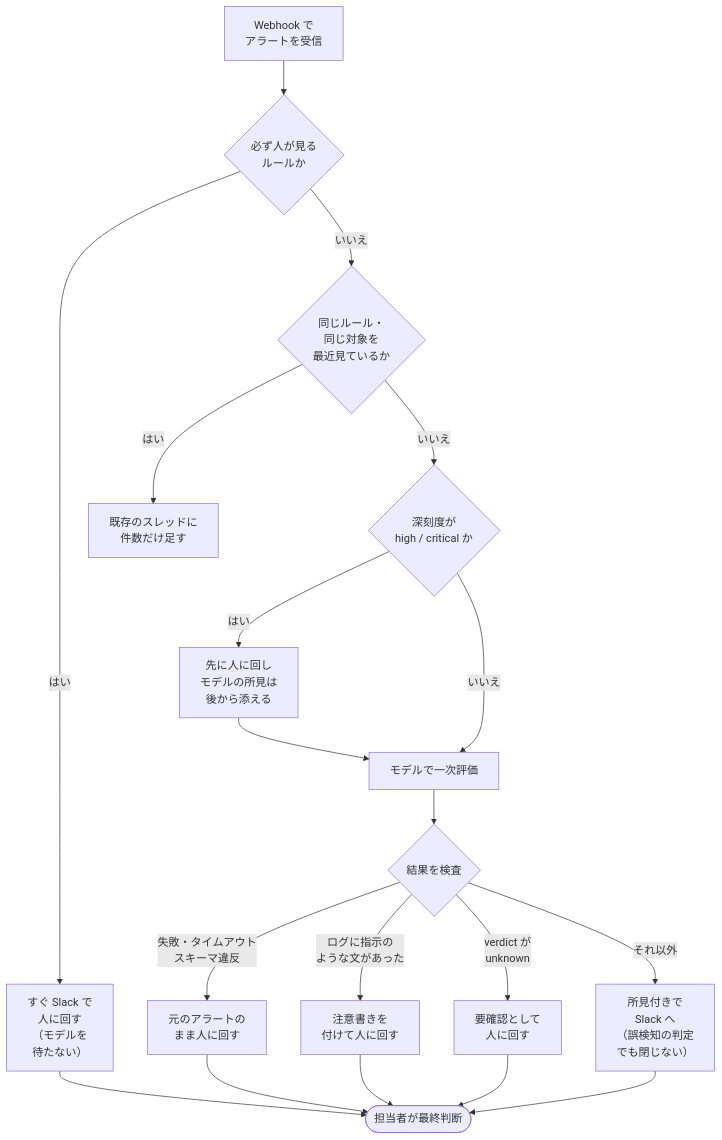
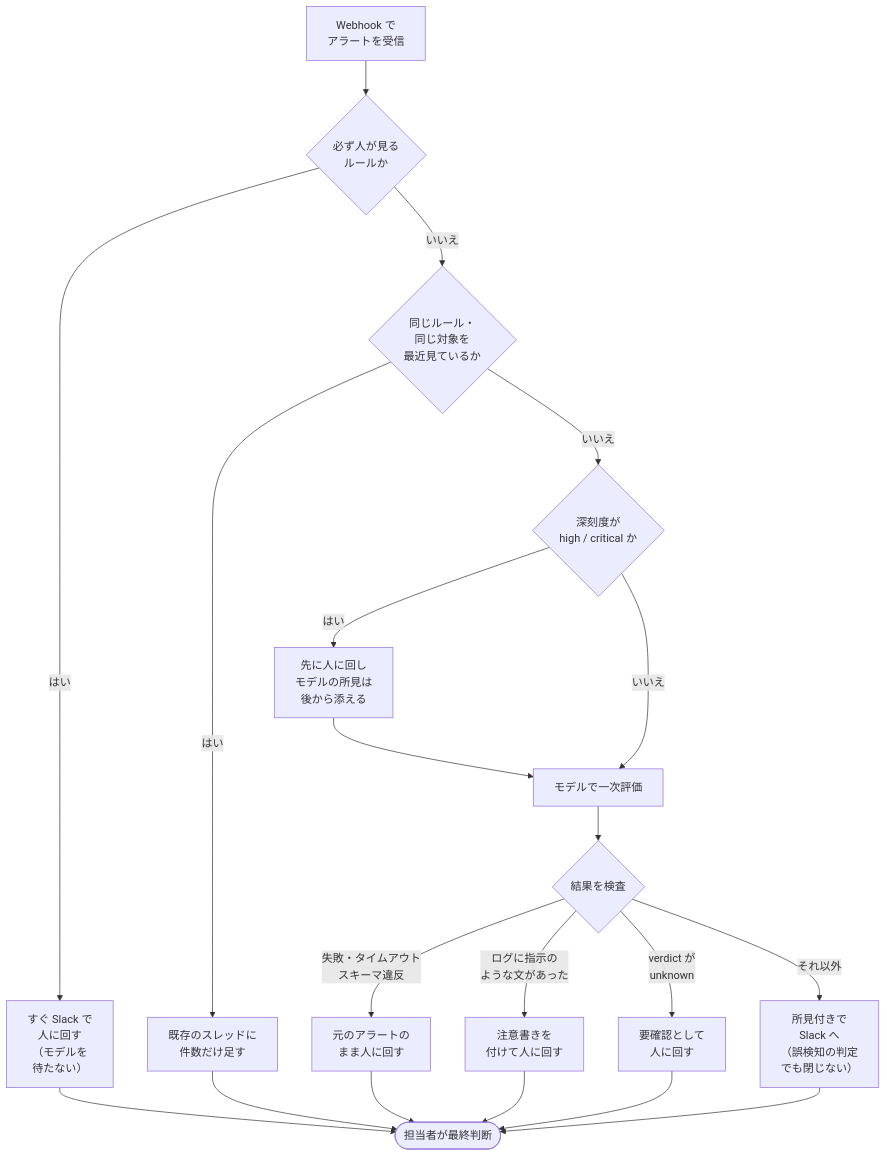
The third of 4 diagrams in public/bedrock-datadog-soc-triage.md (OTA-EITA/qiita-articles), drawn with Mermaid before and after one commit.

Commit message:
docs: Bedrock の記事の判断フロー図で重複の枝も人につなぐ

````diff
--- a/public/bedrock-datadog-soc-triage.md
+++ b/public/bedrock-datadog-soc-triage.md
@@ -133,17 +133,17 @@
 ```mermaid
 flowchart TD
   A["Webhook で<br/>アラートを受信"] --> B{"必ず人が見る<br/>ルールか"}
   B -- はい --> H1["すぐ Slack で<br/>人に回す<br/>（モデルを<br/>待たない）"]
   B -- いいえ --> C{"同じルール・<br/>同じ対象を<br/>最近見ているか"}
   C -- はい --> D["既存のスレッドに<br/>件数だけ足す"]
   C -- いいえ --> E{"深刻度が<br/>high / critical か"}
   E -- はい --> H2["先に人に回し<br/>モデルの所見は<br/>後から添える"]
   E -- いいえ --> M["モデルで一次評価"]
   H2 --> M
   M --> F{"結果を検査"}
   F -- "失敗・タイムアウト<br/>スキーマ違反" --> H3["元のアラートの<br/>まま人に回す"]
   F -- "ログに指示の<br/>ような文があった" --> H4["注意書きを<br/>付けて人に回す"]
   F -- "verdict が<br/>unknown" --> H5["要確認として<br/>人に回す"]
   F -- "それ以外" --> S["所見付きで<br/>Slack へ<br/>（誤検知の判定<br/>でも閉じない）"]
-  H1 & H3 & H4 & H5 & S --> HUMAN(["担当者が最終判断"])
+  D & H1 & H3 & H4 & H5 & S --> HUMAN(["担当者が最終判断"])
 ```
````
